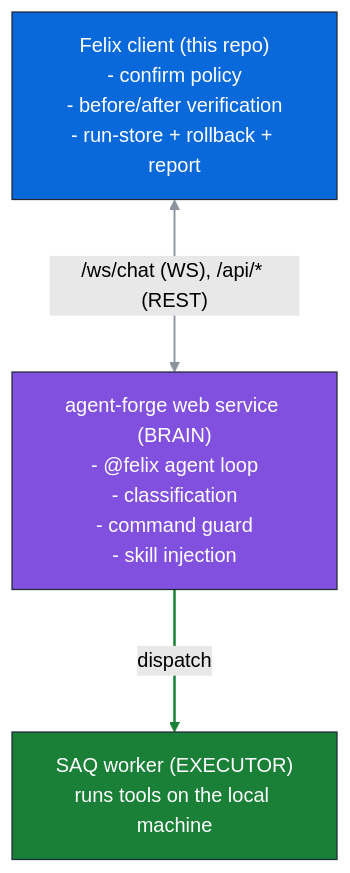
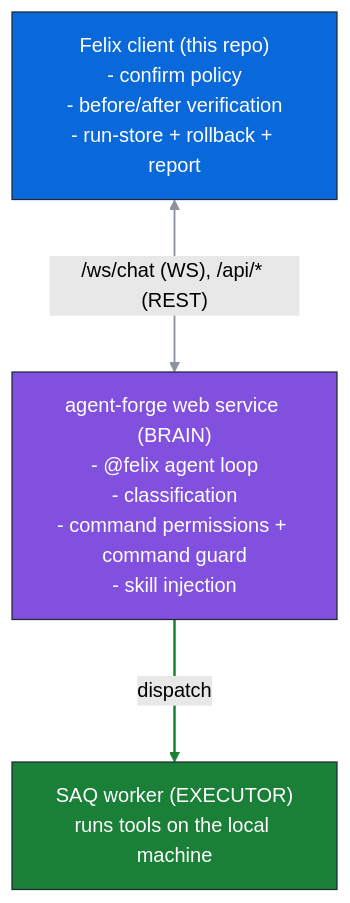
One commit to bulletinmybeard/agent-forge-felix changed the diagram in docs/architecture.md. Above: the diagram before and after it, drawn with Mermaid (forest theme). The commit also changed other lines of this file and 24 other files, not shown here.

````diff
--- a/docs/architecture.md
+++ b/docs/architecture.md
@@ -8,19 +8,19 @@
 ```mermaid
 %%{init: {"flowchart": {"nodeSpacing": 60, "rankSpacing": 90}}}%%
 flowchart TB
     client["Felix client (this repo)<br/>- confirm policy<br/>- before/after verification<br/>- run-store + rollback + report"]
-    brain["agent-forge web service (BRAIN)<br/>- @felix agent loop<br/>- classification<br/>- command guard<br/>- skill injection"]
+    brain["agent-forge web service (BRAIN)<br/>- @felix agent loop<br/>- classification<br/>- command permissions + command guard<br/>- skill injection"]
     worker["SAQ worker (EXECUTOR)<br/>runs tools on the local machine"]
 
     client <-->|"/ws/chat (WS), /api/* (REST)"| brain
     brain -->|dispatch| worker
 
     classDef tierClient fill:#0969da,stroke:#1f2937,color:#ffffff
     classDef tierBrain fill:#8250df,stroke:#1f2937,color:#ffffff
     classDef tierWorker fill:#1a7f37,stroke:#1f2937,color:#ffffff
     class client tierClient
     class brain tierBrain
     class worker tierWorker
     linkStyle 0 stroke:#8b949e,stroke-width:1.5px
     linkStyle 1 stroke:#1a7f37,stroke-width:2px
 ```
````
